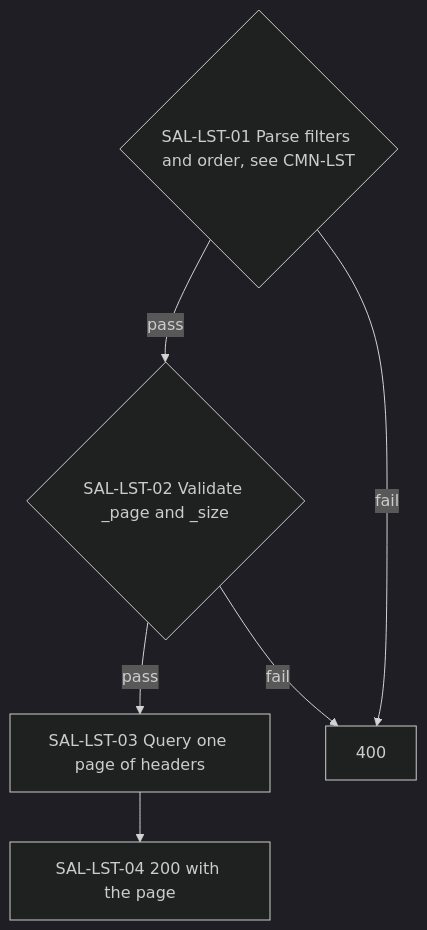
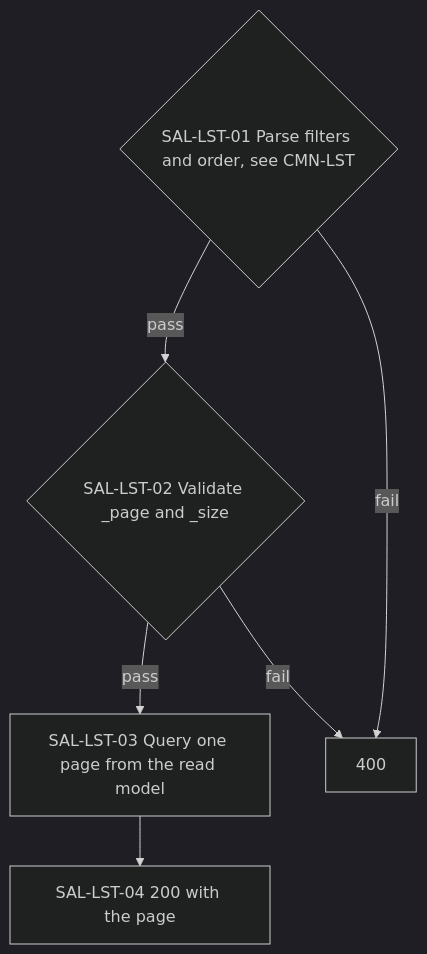
One commit to idg2/mouts-backend-challenge changed the eighth of 22 diagrams in backend/docs/sales.md. Above: the diagram before and after it, drawn with Mermaid (dark theme). The commit also changed other lines of this file and 49 other files, not shown here.

Commit message:
feat: serve sale reads from a MongoDB read model fed by the outbox events

````diff
--- a/backend/docs/sales.md
+++ b/backend/docs/sales.md
@@ -267,12 +273,12 @@
 ```mermaid
 flowchart TD
   LST01{"SAL-LST-01 Parse filters and order, see CMN-LST"}
   LST02{"SAL-LST-02 Validate _page and _size"}
-  LST03["SAL-LST-03 Query one page of headers"]
+  LST03["SAL-LST-03 Query one page from the read model"]
   LST04["SAL-LST-04 200 with the page"]
   E400["400"]
   LST01 -->|pass| LST02
   LST01 -->|fail| E400
   LST02 -->|pass| LST03 --> LST04
   LST02 -->|fail| E400
 ```
````
